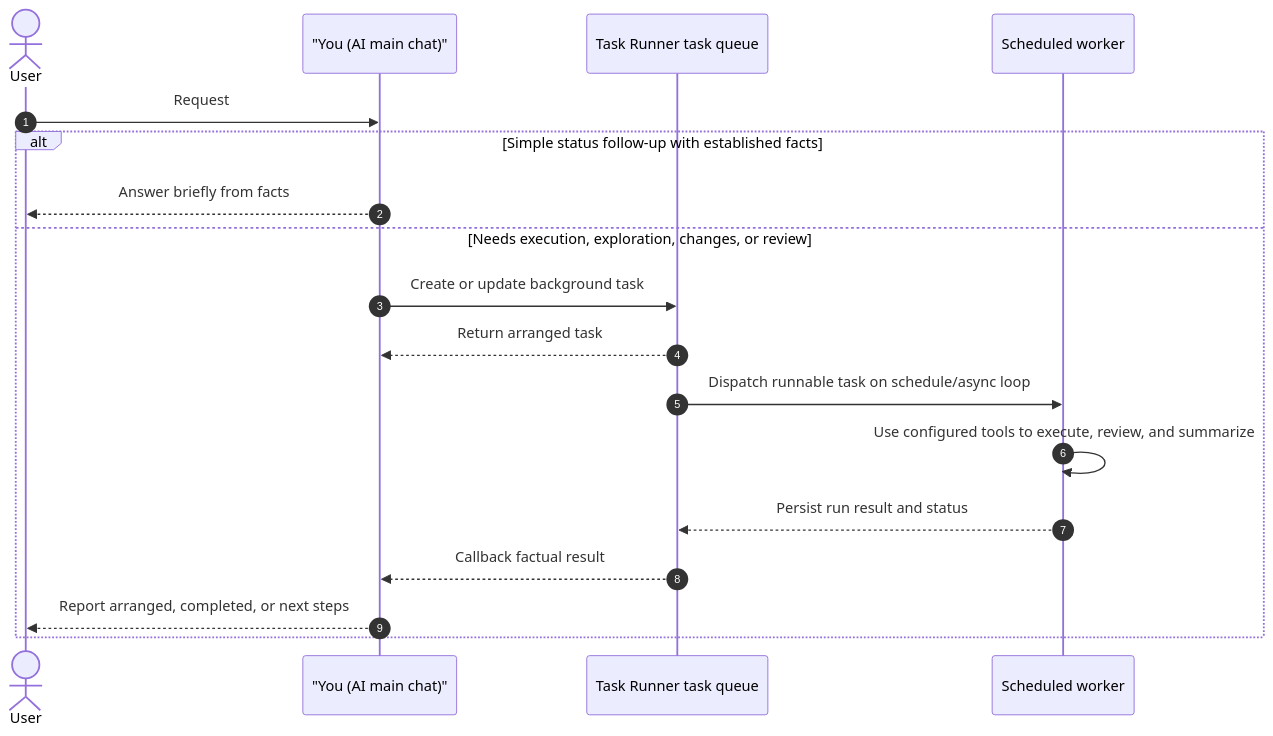
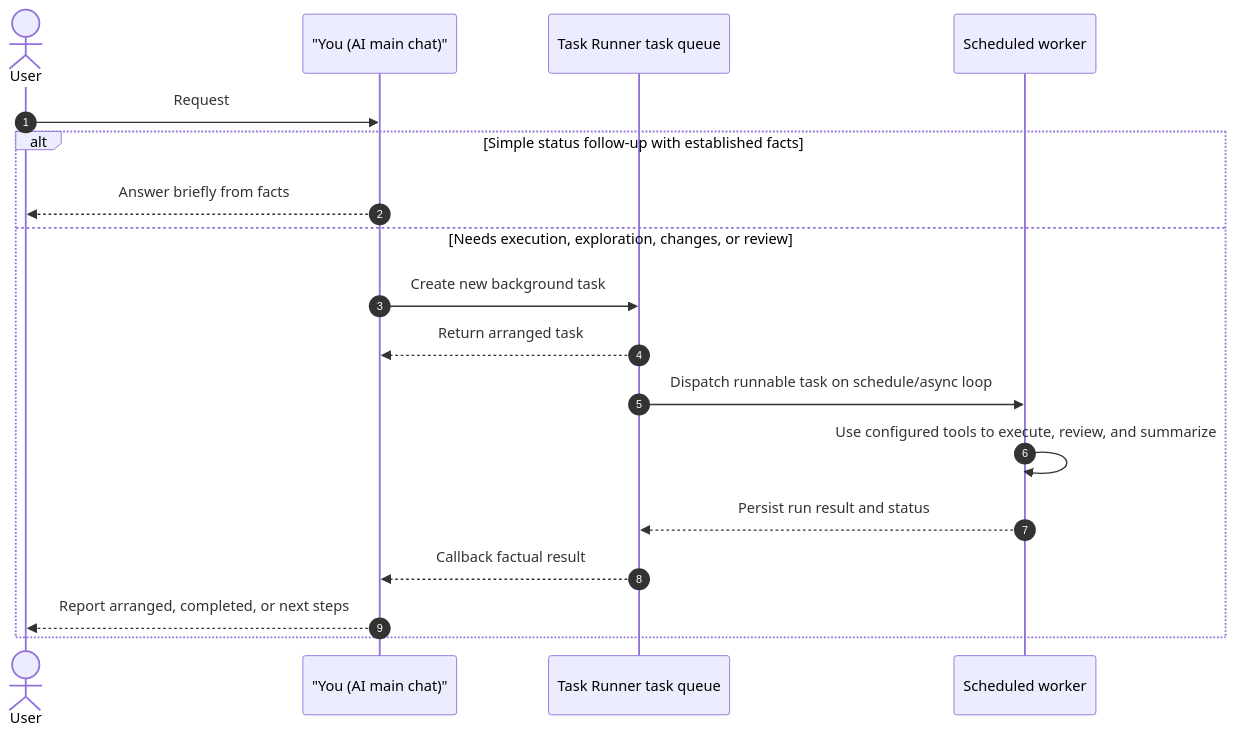
The diagram in task_runner_service/TASK_RUNNER_AI_SKILL.en-US.md (leeoohoo/chatos_rs), drawn with Mermaid before and after one commit. The commit also changed other lines of this file and 107 other files, not shown here.

````diff
--- a/task_runner_service/TASK_RUNNER_AI_SKILL.en-US.md
+++ b/task_runner_service/TASK_RUNNER_AI_SKILL.en-US.md
@@ -29,21 +29,21 @@
 ```mermaid
 sequenceDiagram
     autonumber
     actor User as User
     participant You as "You (AI main chat)"
     participant TaskRunner as Task Runner task queue
     participant Worker as Scheduled worker
 
     User->>You: Request
     alt Simple status follow-up with established facts
         You-->>User: Answer briefly from facts
     else Needs execution, exploration, changes, or review
-        You->>TaskRunner: Create or update background task
+        You->>TaskRunner: Create new background task
         TaskRunner-->>You: Return arranged task
         TaskRunner->>Worker: Dispatch runnable task on schedule/async loop
         Worker->>Worker: Use configured tools to execute, review, and summarize
         Worker-->>TaskRunner: Persist run result and status
         TaskRunner-->>You: Callback factual result
         You-->>User: Report arranged, completed, or next steps
     end
 ```
````
